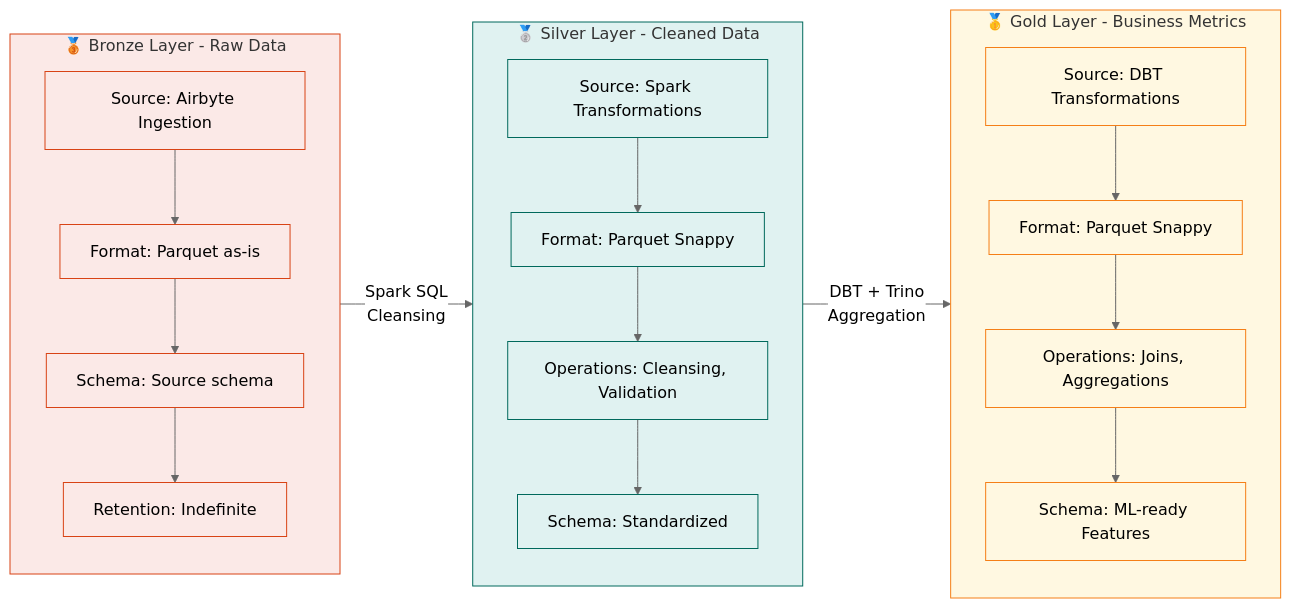
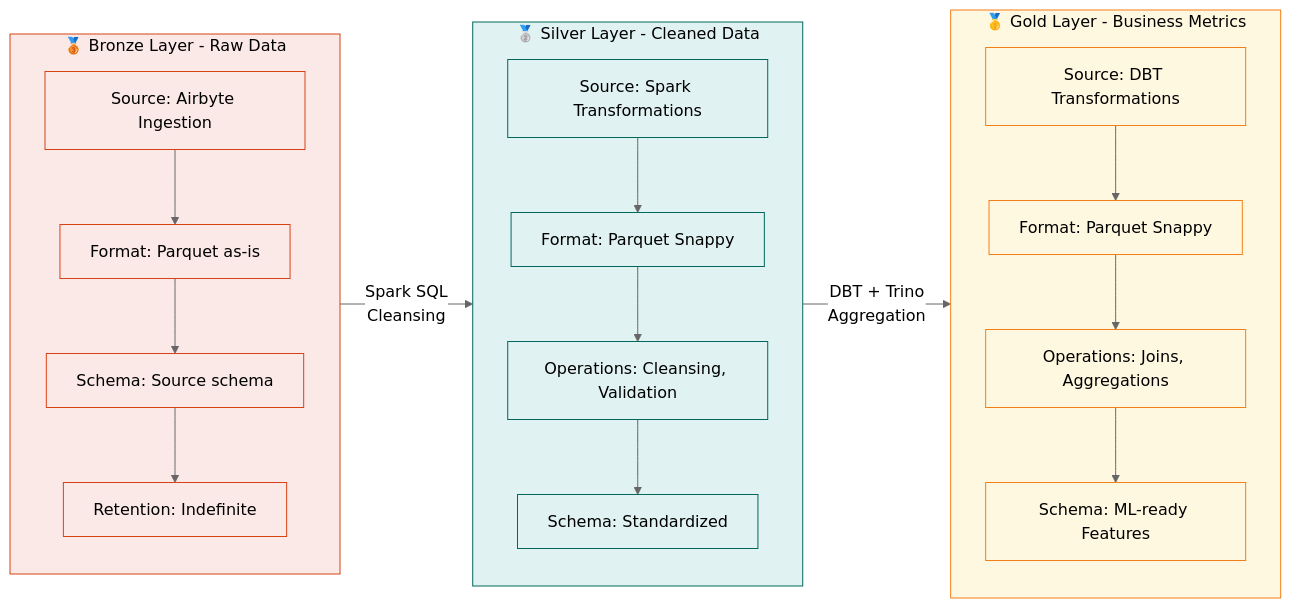
Before and after one commit to snowcell-cloud/asgard: the ninth of 19 diagrams in docs/COMPLETE_ARCHITECTURE.md, drawn with Mermaid (neutral theme). The commit also changed other lines of this file, not shown here.

Commit message:
fix: Update mermaid class definitions for consistent color styling in COMPLETE_ARCHITECTURE.md

````diff
--- a/docs/COMPLETE_ARCHITECTURE.md
+++ b/docs/COMPLETE_ARCHITECTURE.md
@@ -702,40 +702,40 @@
 ```mermaid
 flowchart LR
     subgraph Bronze["🥉 Bronze Layer - Raw Data"]
         direction TB
         B1[Source: Airbyte Ingestion]
         B2[Format: Parquet as-is]
         B3[Schema: Source schema]
         B4[Retention: Indefinite]
         B1 --> B2 --> B3 --> B4
     end
 
     subgraph Silver["🥈 Silver Layer - Cleaned Data"]
         direction TB
         S1[Source: Spark Transformations]
         S2[Format: Parquet Snappy]
         S3[Operations: Cleansing, Validation]
         S4[Schema: Standardized]
         S1 --> S2 --> S3 --> S4
     end
 
     subgraph Gold["🥇 Gold Layer - Business Metrics"]
         direction TB
         G1[Source: DBT Transformations]
         G2[Format: Parquet Snappy]
         G3[Operations: Joins, Aggregations]
         G4[Schema: ML-ready Features]
         G1 --> G2 --> G3 --> G4
     end
 
     Bronze -->|Spark SQL\nCleansing| Silver
     Silver -->|DBT + Trino\nAggregation| Gold
 
-    classDef bronzeStyle fill:#fbe9e7,stroke:#d84315
-    classDef silverStyle fill:#e0f2f1,stroke:#00695c
-    classDef goldStyle fill:#fff8e1,stroke:#f57f17
+    classDef bronzeStyle fill:#fbe9e7,stroke:#d84315,color:#000
+    classDef silverStyle fill:#e0f2f1,stroke:#00695c,color:#000
+    classDef goldStyle fill:#fff8e1,stroke:#f57f17,color:#000
 
     class Bronze,B1,B2,B3,B4 bronzeStyle
     class Silver,S1,S2,S3,S4 silverStyle
     class Gold,G1,G2,G3,G4 goldStyle
 ```
````
